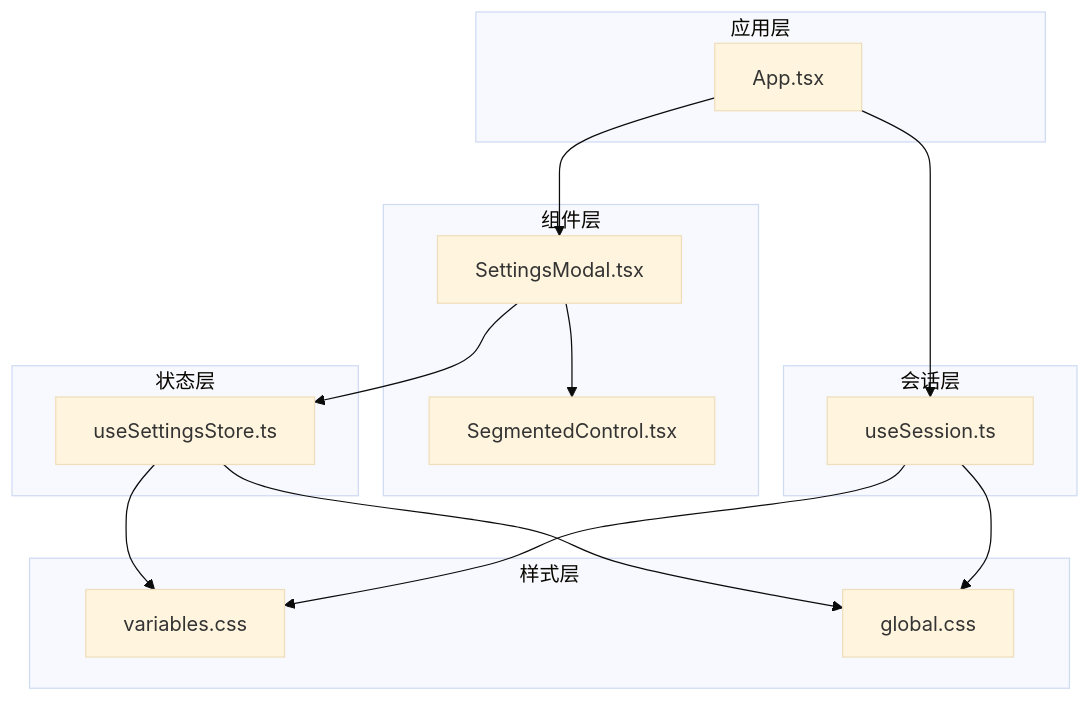
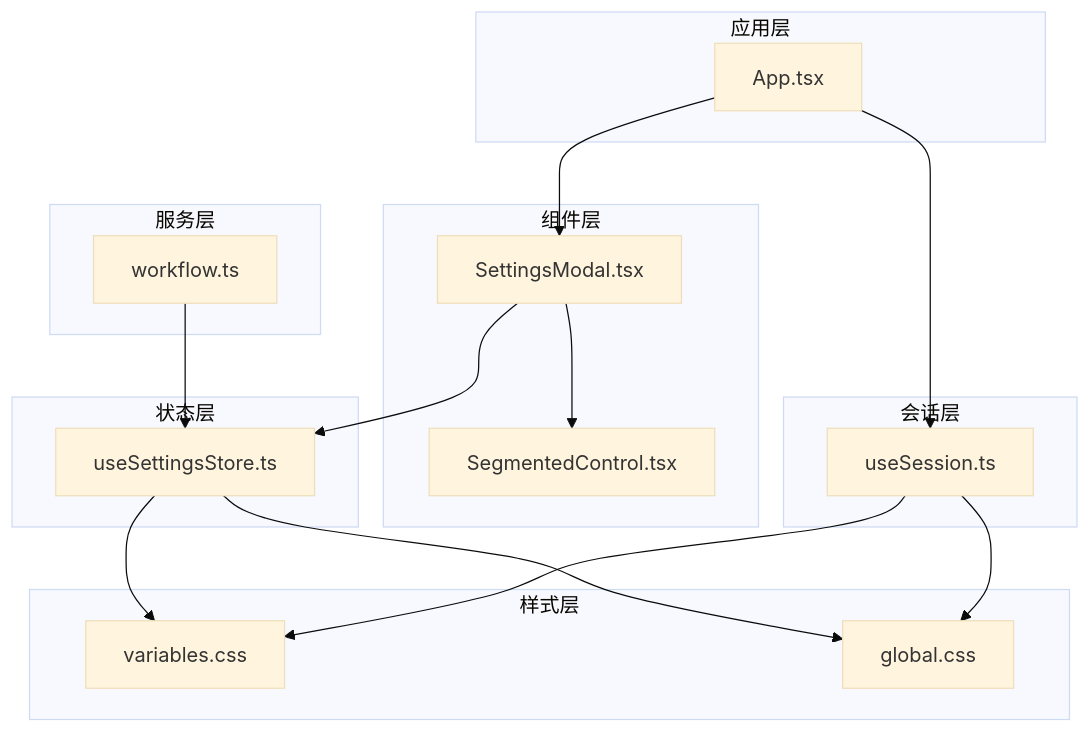
Before and after one commit to billye220670/CorineKit_Pix2Real: the first of 8 diagrams in .qoder/repowiki/zh/content/前端应用/UI 组件库/设置对话框组件.md, drawn with Mermaid (base theme). The commit also changed other lines of this file and 54 other files, not shown here.

First line of the commit message:
feat: 模型下拉菜单元数据管理（缩略图+重命名）及session mask恢复优化

````diff
--- a/.qoder/repowiki/zh/content/前端应用/UI 组件库/设置对话框组件.md
+++ b/.qoder/repowiki/zh/content/前端应用/UI 组件库/设置对话框组件.md
@@ -41,28 +51,32 @@
 ```mermaid
 graph TB
 subgraph "组件层"
 SM["SettingsModal.tsx"]
 SC["SegmentedControl.tsx"]
 end
 subgraph "状态层"
 USS["useSettingsStore.ts"]
 end
 subgraph "应用层"
 APP["App.tsx"]
 end
 subgraph "会话层"
 USession["useSession.ts"]
 end
 subgraph "样式层"
 VAR["variables.css"]
 GLOB["global.css"]
 end
+subgraph "服务层"
+WF["workflow.ts"]
+end
 APP --> SM
 SM --> USS
 SM --> SC
 APP --> USession
 USS --> VAR
 USS --> GLOB
 USession --> VAR
 USession --> GLOB
+WF --> USS
 ```
````
